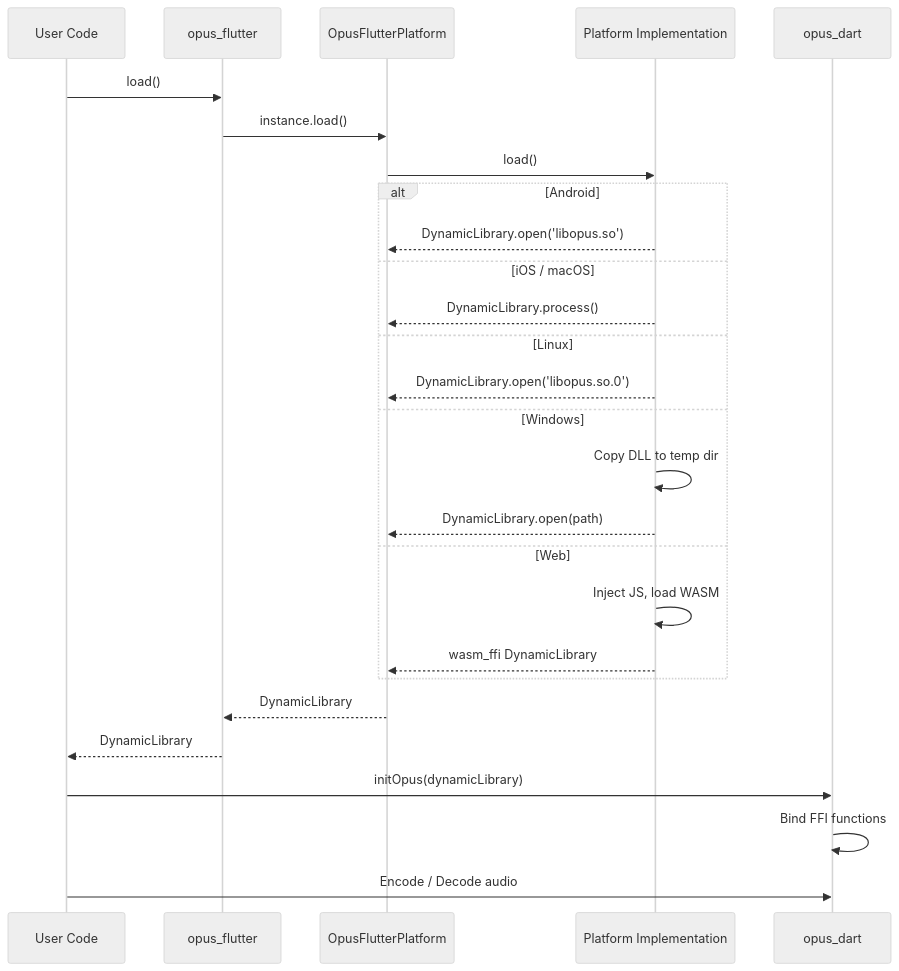
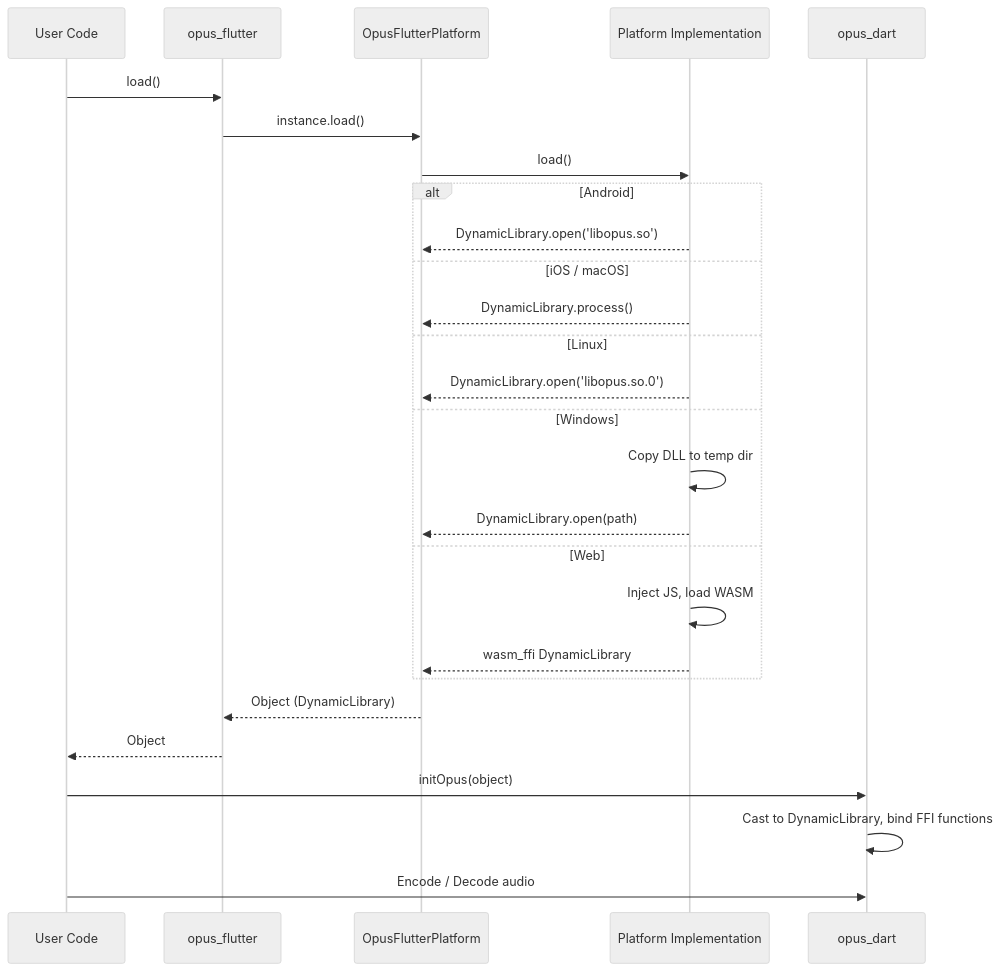
Before and after one commit to Corkscrews/opus_flutter: the fourth of 4 diagrams in docs/architecture.md, drawn with Mermaid (neutral theme). The commit also changed other lines of this file and 5 other files, not shown here.

First line of the commit message:
Eliminate dynamic dispatch in opus_dart and update docs

````diff
--- a/docs/architecture.md
+++ b/docs/architecture.md
@@ -211,32 +250,32 @@
 ```mermaid
 sequenceDiagram
     participant App as User Code
     participant OF as opus_flutter
     participant PI as OpusFlutterPlatform
     participant Impl as Platform Implementation
     participant OD as opus_dart
 
     App->>OF: load()
     OF->>PI: instance.load()
     PI->>Impl: load()
 
     alt Android
         Impl-->>PI: DynamicLibrary.open('libopus.so')
     else iOS / macOS
         Impl-->>PI: DynamicLibrary.process()
     else Linux
         Impl-->>PI: DynamicLibrary.open('libopus.so.0')
     else Windows
         Impl->>Impl: Copy DLL to temp dir
         Impl-->>PI: DynamicLibrary.open(path)
     else Web
         Impl->>Impl: Inject JS, load WASM
         Impl-->>PI: wasm_ffi DynamicLibrary
     end
 
-    PI-->>OF: DynamicLibrary
-    OF-->>App: DynamicLibrary
-    App->>OD: initOpus(dynamicLibrary)
-    OD->>OD: Bind FFI functions
+    PI-->>OF: Object (DynamicLibrary)
+    OF-->>App: Object
+    App->>OD: initOpus(object)
+    OD->>OD: Cast to DynamicLibrary, bind FFI functions
     App->>OD: Encode / Decode audio
 ```
````
